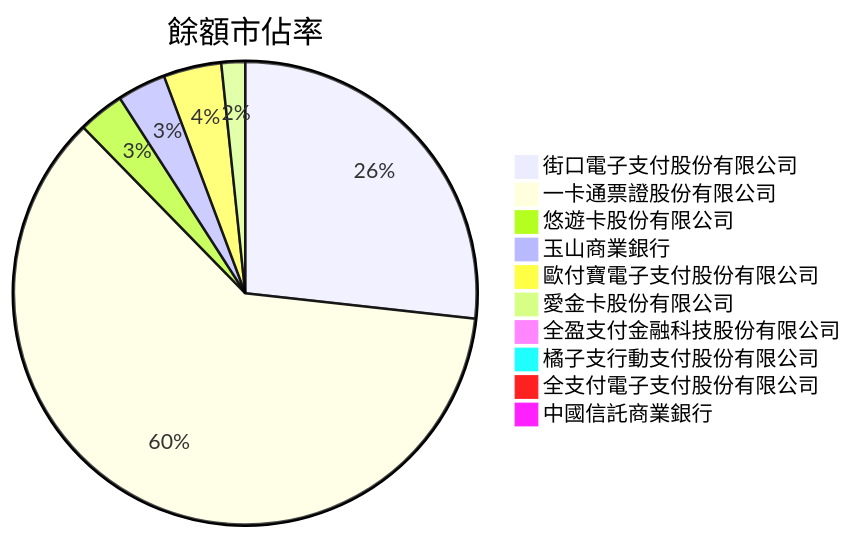
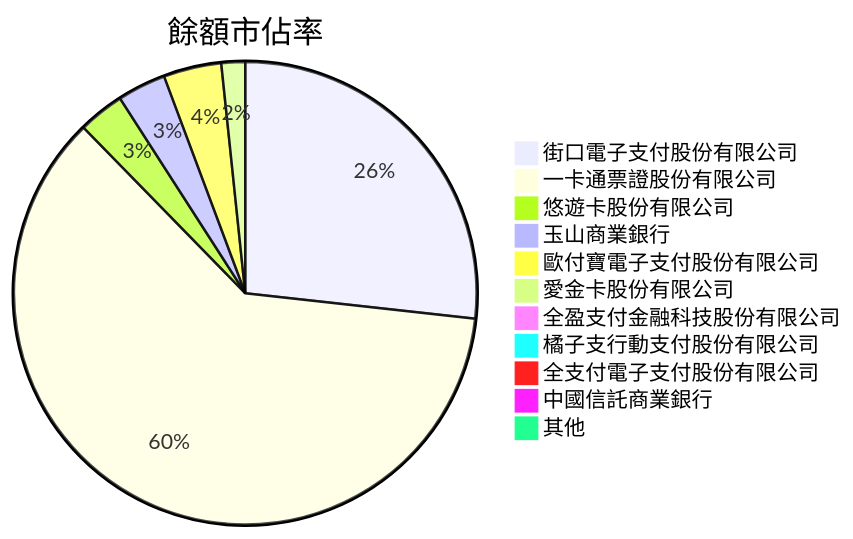
The fifth of 5 diagrams in report/11108.md (MichaelNien/ElectronicPaymentInstitutionsAnalyze), drawn with Mermaid before and after one commit. The commit also changed other lines of this file, not shown here.

````diff
--- a/report/11108.md
+++ b/report/11108.md
@@ -92,13 +96,14 @@
 ```mermaid
 pie title 餘額市佔率
     "街口電子支付股份有限公司" : 2173964
     "一卡通票證股份有限公司" : 4951756
     "悠遊卡股份有限公司" : 261044
     "玉山商業銀行" : 275828
     "歐付寶電子支付股份有限公司" : 328404
     "愛金卡股份有限公司" : 134694
     "全盈支付金融科技股份有限公司" : 55784
     "橘子支行動支付股份有限公司" : 62855
     "全支付電子支付股份有限公司" : 21935
     "中國信託商業銀行" : 31638
+    "其他" : 14250
 ```
````
